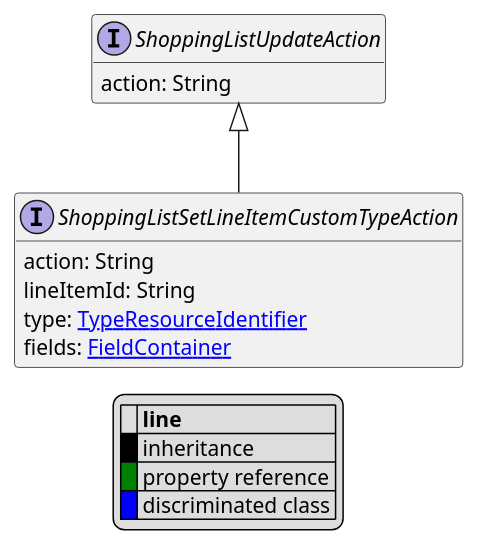
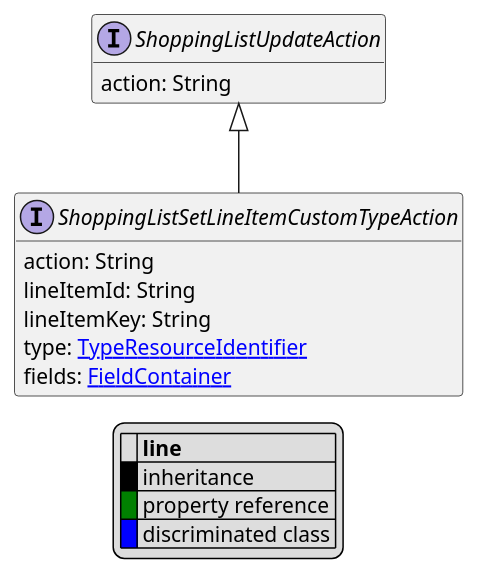
Before and after one commit to commercetools/commercetools-api-reference: the diagram in uml/api/ShoppingListSetLineItemCustomTypeAction.puml, drawn with PlantUML. The commit also changed 70 other files, not shown here.

```diff
--- a/uml/api/ShoppingListSetLineItemCustomTypeAction.puml
+++ b/uml/api/ShoppingListSetLineItemCustomTypeAction.puml
@@ -1,25 +1,26 @@
 @startuml
 
 hide empty fields
 hide empty methods
 legend
 |= |= line |
 |<back:black>   </back>| inheritance |
 |<back:green>   </back>| property reference |
 |<back:blue>   </back>| discriminated class |
 endlegend
 interface ShoppingListSetLineItemCustomTypeAction [[ShoppingListSetLineItemCustomTypeAction.svg]] extends ShoppingListUpdateAction {
     action: String
     lineItemId: String
+    lineItemKey: String
     type: [[TypeResourceIdentifier.svg TypeResourceIdentifier]]
     fields: [[FieldContainer.svg FieldContainer]]
 }
 interface ShoppingListUpdateAction [[ShoppingListUpdateAction.svg]]  {
     action: String
 }
 
 
 
 
 
 @enduml
```
